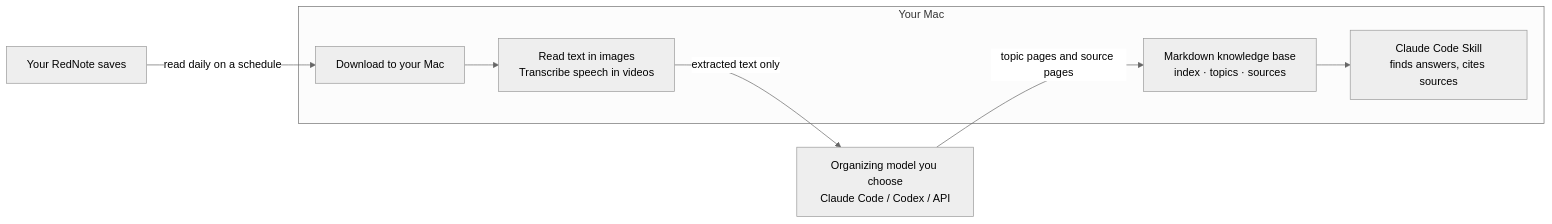
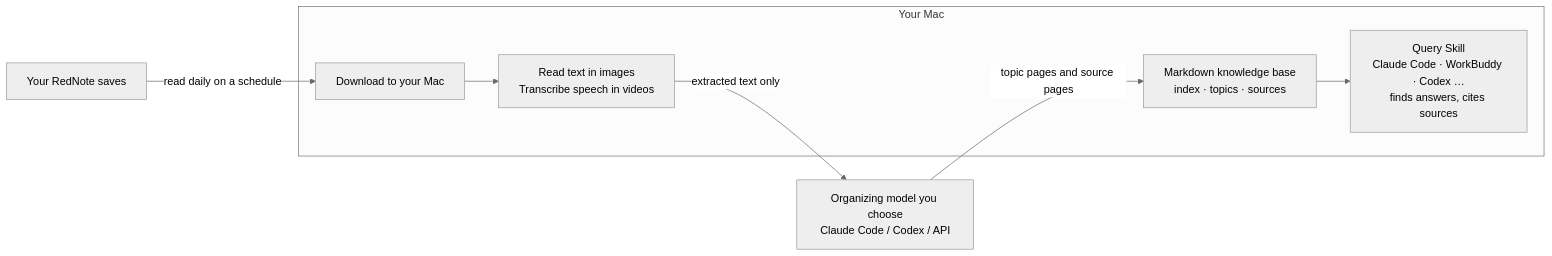
One commit to tyr1105/xhs-wiki changed the diagram in README_EN.md. Above: the diagram before and after it, drawn with Mermaid (neutral theme). The commit also changed other lines of this file and 17 other files, not shown here.

First line of the commit message:
查询 Skill 可装进 WorkBuddy、Codex 等多个 AI 工具（v0.3.0）

````diff
--- a/README_EN.md
+++ b/README_EN.md
@@ -166,10 +166,10 @@
 ```mermaid
 flowchart LR
   subgraph MAC["Your Mac"]
     B["Download to your Mac"] --> C["Read text in images<br/>Transcribe speech in videos"]
-    E["Markdown knowledge base<br/>index · topics · sources"] --> F["Claude Code Skill<br/>finds answers, cites sources"]
+    E["Markdown knowledge base<br/>index · topics · sources"] --> F["Query Skill<br/>Claude Code · WorkBuddy · Codex …<br/>finds answers, cites sources"]
   end
   A["Your RedNote saves"] -->|read daily on a schedule| B
   C -->|extracted text only| M["Organizing model you choose<br/>Claude Code / Codex / API"]
   M -->|topic pages and source pages| E
 ```
````
